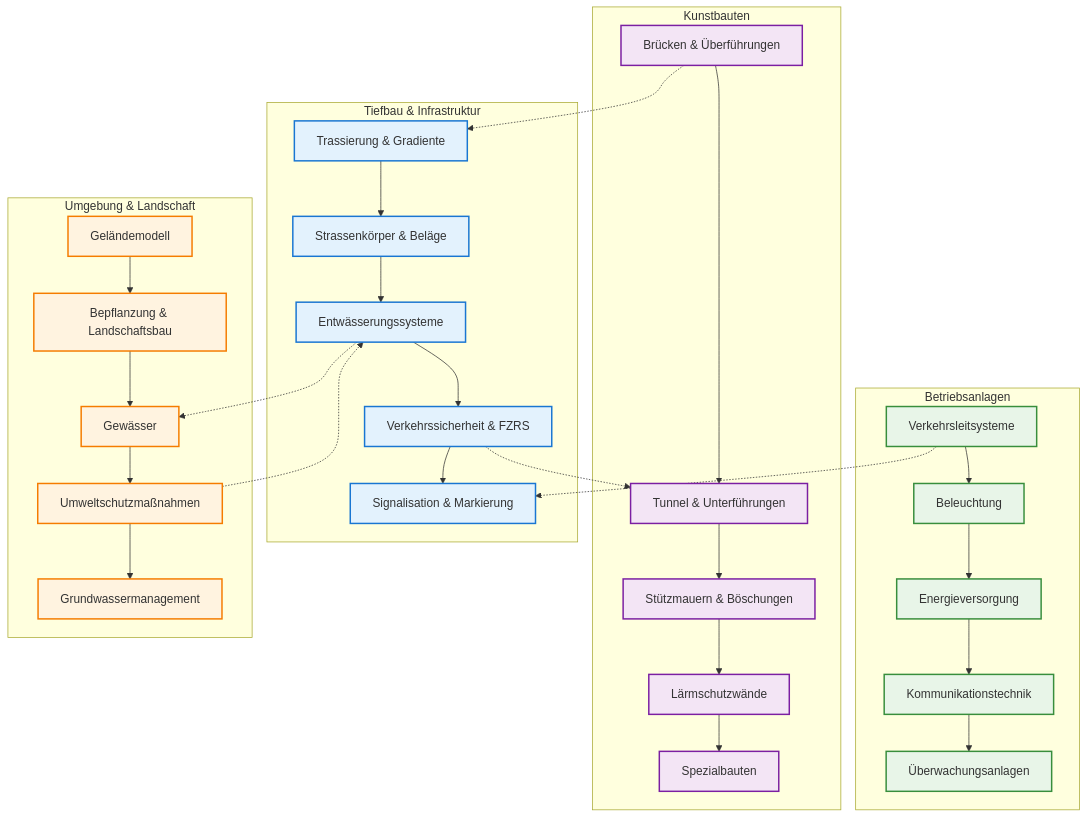
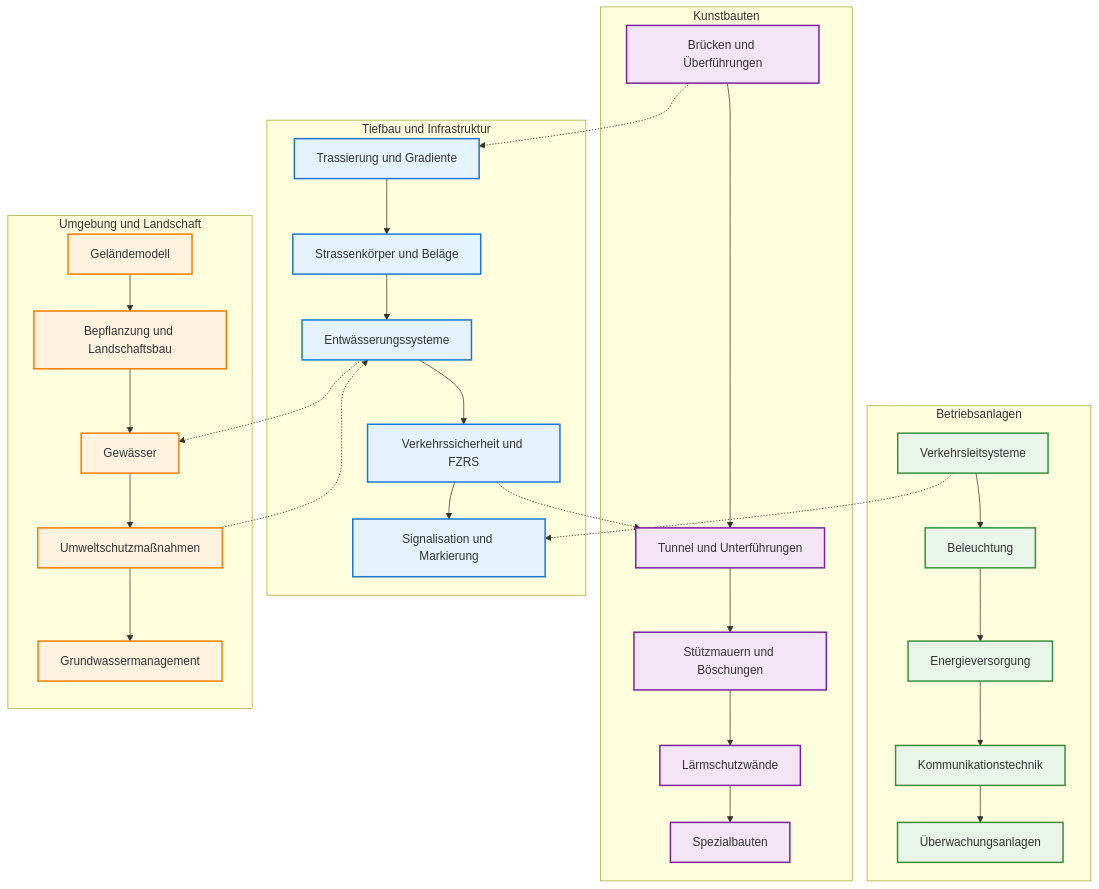
One commit to NikolayBorissovASTRA/bim changed the third of 13 diagrams in bim-anforderungen_infra.md. Above: the diagram before and after it, drawn with Mermaid. The commit also changed other lines of this file, not shown here.

````diff
--- a/bim-anforderungen_infra.md
+++ b/bim-anforderungen_infra.md
@@ -82,59 +82,59 @@
 ```mermaid
 flowchart TD
-    subgraph "Tiefbau & Infrastruktur"
-        T1[Trassierung & Gradiente]
-        T2[Strassenkörper & Beläge]
+    subgraph TB["Tiefbau und Infrastruktur"]
+        T1[Trassierung und Gradiente]
+        T2[Strassenkörper und Beläge]
         T3[Entwässerungssysteme]
-        T4[Verkehrssicherheit & FZRS]
-        T5[Signalisation & Markierung]
+        T4[Verkehrssicherheit und FZRS]
+        T5[Signalisation und Markierung]
         
         T1 --> T2 --> T3 --> T4 --> T5
     end
     
-    subgraph "Kunstbauten"
-        K1[Brücken & Überführungen]
-        K2[Tunnel & Unterführungen]
-        K3[Stützmauern & Böschungen]
+    subgraph KB["Kunstbauten"]
+        K1[Brücken und Überführungen]
+        K2[Tunnel und Unterführungen]
+        K3[Stützmauern und Böschungen]
         K4[Lärmschutzwände]
         K5[Spezialbauten]
         
         K1 --> K2 --> K3 --> K4 --> K5
     end
     
-    subgraph "Betriebsanlagen"
+    subgraph BA["Betriebsanlagen"]
         B1[Verkehrsleitsysteme]
         B2[Beleuchtung]
         B3[Energieversorgung]
         B4[Kommunikationstechnik]
         B5[Überwachungsanlagen]
         
         B1 --> B2 --> B3 --> B4 --> B5
     end
     
-    subgraph "Umgebung & Landschaft"
+    subgraph UL["Umgebung und Landschaft"]
         U1[Geländemodell]
-        U2[Bepflanzung & Landschaftsbau]
+        U2[Bepflanzung und Landschaftsbau]
         U3[Gewässer]
         U4[Umweltschutzmaßnahmen]
         U5[Grundwassermanagement]
         
         U1 --> U2 --> U3 --> U4 --> U5
     end
     
     %% Interdisziplinäre Abhängigkeiten
     T3 -.-> U3
     T4 -.-> K2
     B1 -.-> T5
     K1 -.-> T1
     U4 -.-> T3
     
     classDef tiefbau fill:#e3f2fd,stroke:#1976d2,stroke-width:2px
     classDef kunstbau fill:#f3e5f5,stroke:#7b1fa2,stroke-width:2px
     classDef betrieb fill:#e8f5e8,stroke:#388e3c,stroke-width:2px
     classDef umgebung fill:#fff3e0,stroke:#f57c00,stroke-width:2px
     
     class T1,T2,T3,T4,T5 tiefbau
     class K1,K2,K3,K4,K5 kunstbau
     class B1,B2,B3,B4,B5 betrieb
     class U1,U2,U3,U4,U5 umgebung
 ```
````
